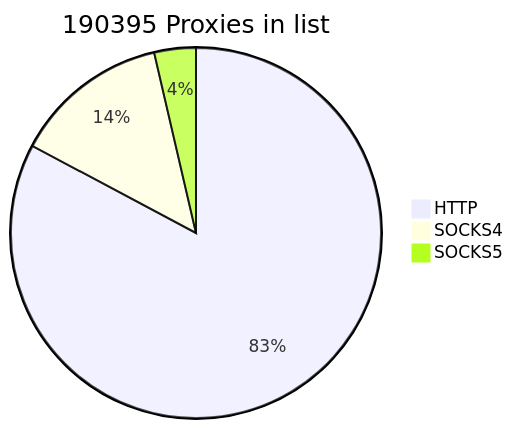
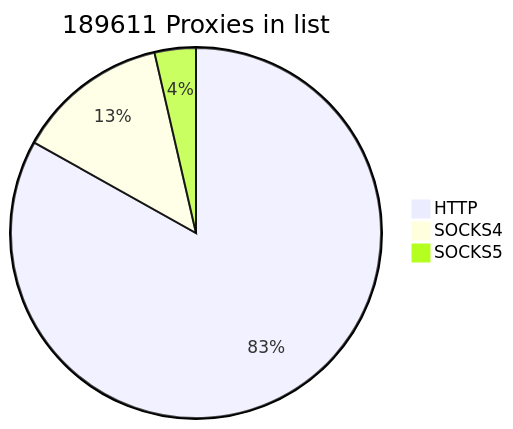
One commit to cutipu/proxylist changed the first of 2 diagrams in README.md. Above: the diagram before and after it, drawn with Mermaid. The commit also changed other lines of this file, not shown here.

````diff
--- a/README.md
+++ b/README.md
@@ -2,7 +2,7 @@
 ```mermaid
-pie title 190395 Proxies in list
-    "HTTP" : 157622
-    "SOCKS4" : 25860
-    "SOCKS5" : 6913
+pie title 189611 Proxies in list
+    "HTTP" : 157589
+    "SOCKS4" : 25192
+    "SOCKS5" : 6830
             
 ```
````
